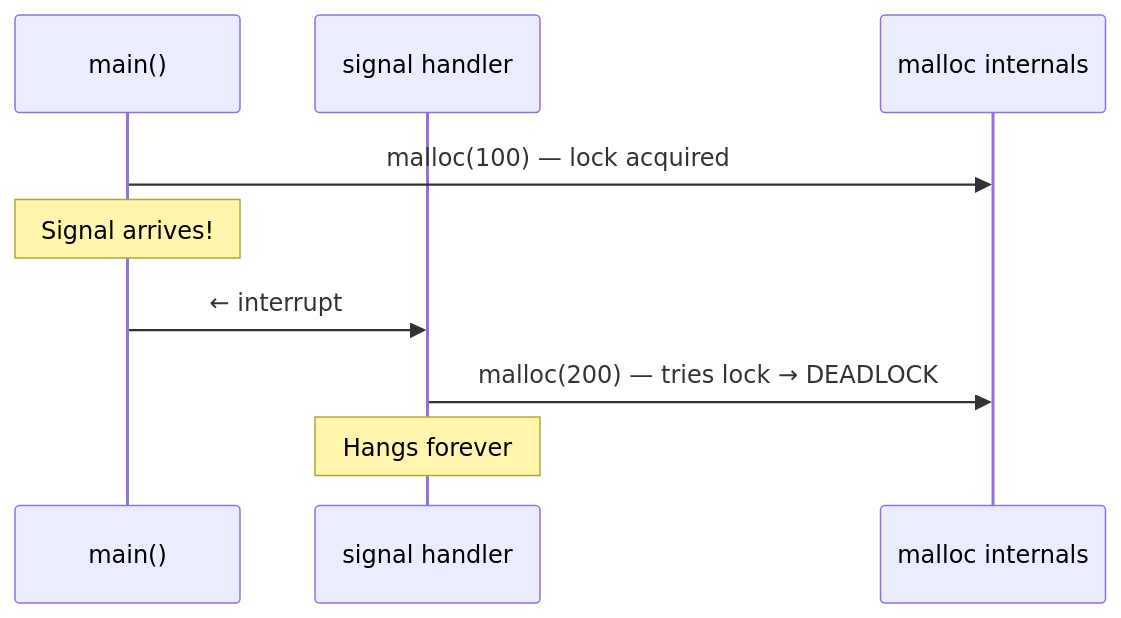
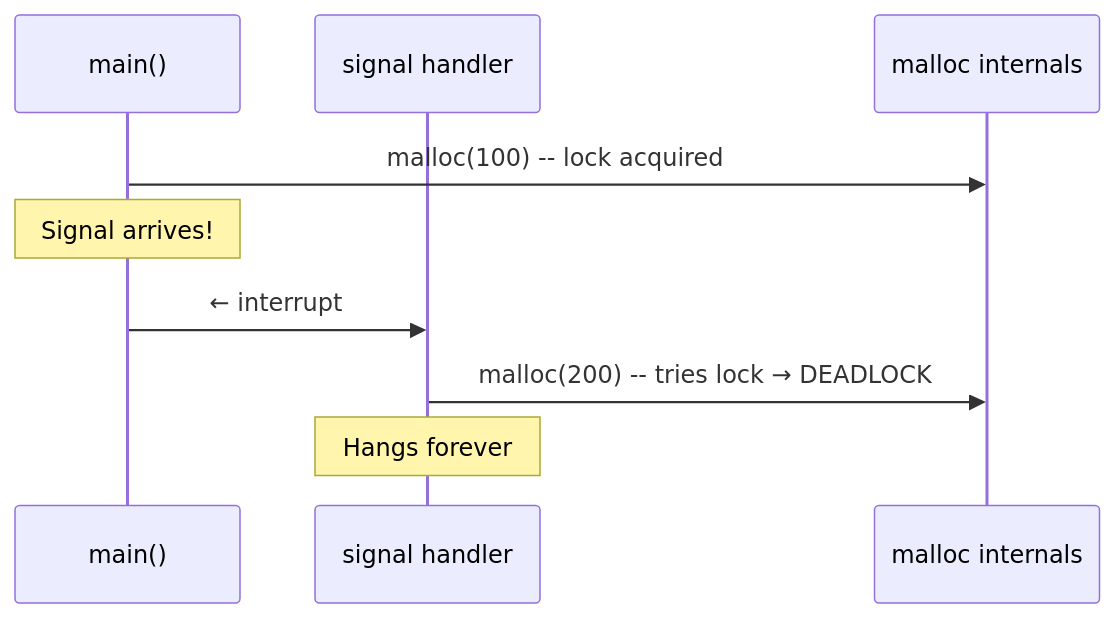
The second of 2 diagrams in src/sysprog/signals.md (Abhinav-Kumar012/lb2), drawn with Mermaid before and after one commit. The commit also changed other lines of this file and 211 other files, not shown here.

First line of the commit message:
fix: mermaid syntax issues across 212 files

````diff
--- a/src/sysprog/signals.md
+++ b/src/sysprog/signals.md
@@ -344,12 +344,12 @@
 ```mermaid
 sequenceDiagram
     participant M as main()
     participant H as signal handler
     participant MT as malloc internals
 
-    M->>MT: malloc(100) — lock acquired
+    M->>MT: malloc(100) -- lock acquired
     Note over M: Signal arrives!
     M->>H: ← interrupt
-    H->>MT: malloc(200) — tries lock → DEADLOCK
+    H->>MT: malloc(200) -- tries lock → DEADLOCK
     Note over H: Hangs forever
 ```
````
